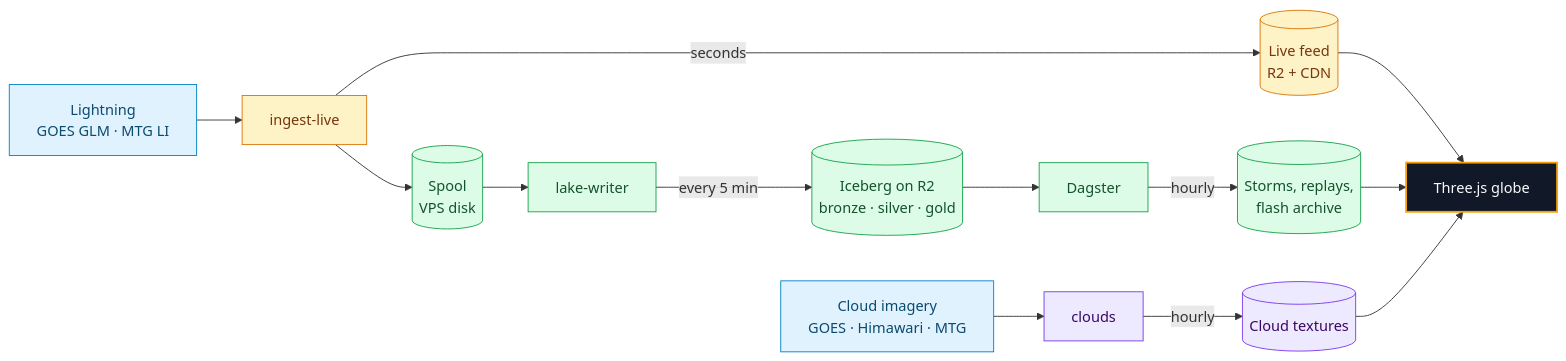
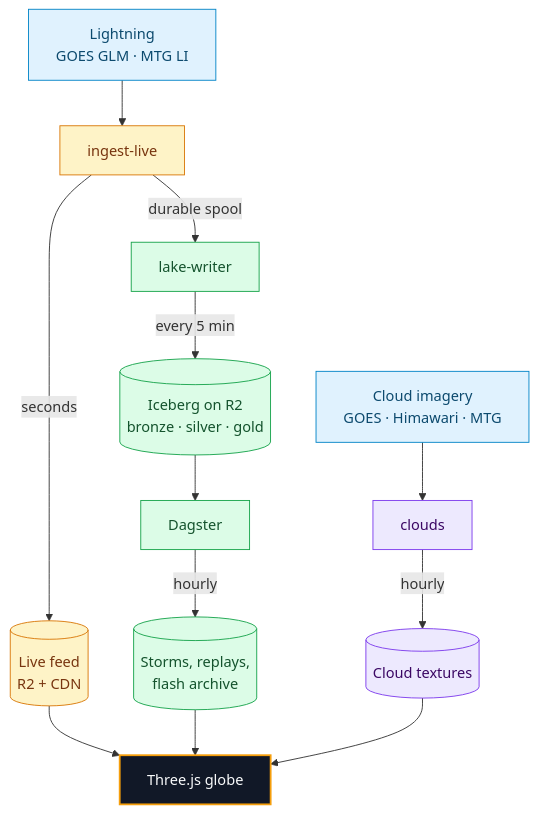
One commit to pierregc/scintille changed the diagram in README.md. Above: the diagram before and after it, drawn with Mermaid.

Commit message:
docs: lay the README diagram out as three lanes

````diff
--- a/README.md
+++ b/README.md
@@ -24,26 +24,25 @@
 ```mermaid
-flowchart LR
+flowchart TB
     lightning["Lightning<br/>GOES GLM · MTG LI"] --> ingest["ingest-live"]
     ingest -->|seconds| live[("Live feed<br/>R2 + CDN")]
-    ingest --> spool[("Spool<br/>VPS disk")]
-    spool --> writer["lake-writer"]
+    ingest -->|durable spool| writer["lake-writer"]
     writer -->|every 5 min| lake[("Iceberg on R2<br/>bronze · silver · gold")]
     lake --> dagster["Dagster"]
     dagster -->|hourly| storms[("Storms, replays,<br/>flash archive")]
     imagery["Cloud imagery<br/>GOES · Himawari · MTG"] --> clouds["clouds"]
     clouds -->|hourly| textures[("Cloud textures")]
     live --> globe["Three.js globe"]
     storms --> globe
     textures --> globe
 
     classDef source fill:#e0f2fe,stroke:#0284c7,color:#0c4a6e
     classDef hot fill:#fef3c7,stroke:#d97706,color:#78350f
     classDef lake fill:#dcfce7,stroke:#16a34a,color:#14532d
     classDef cloud fill:#ede9fe,stroke:#7c3aed,color:#3b0764
     classDef app fill:#111827,stroke:#f59e0b,stroke-width:2px,color:#f9fafb
     class lightning,imagery source
     class ingest,live hot
-    class spool,writer,lake,dagster,storms lake
+    class writer,lake,dagster,storms lake
     class clouds,textures cloud
     class globe app
 ```
````
